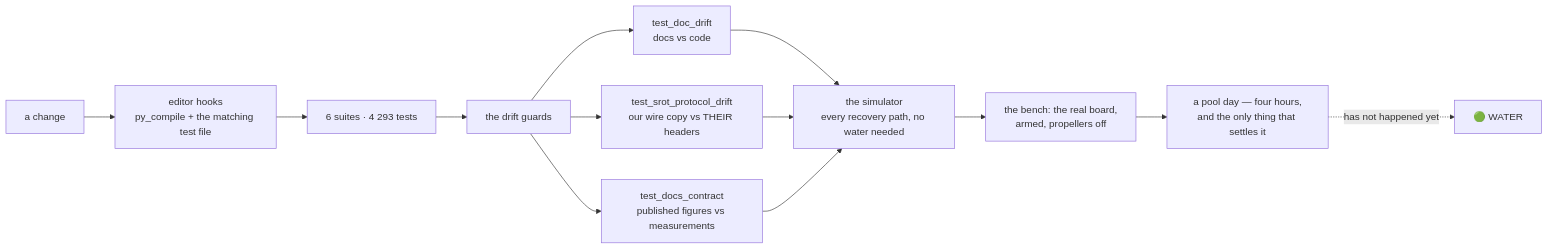
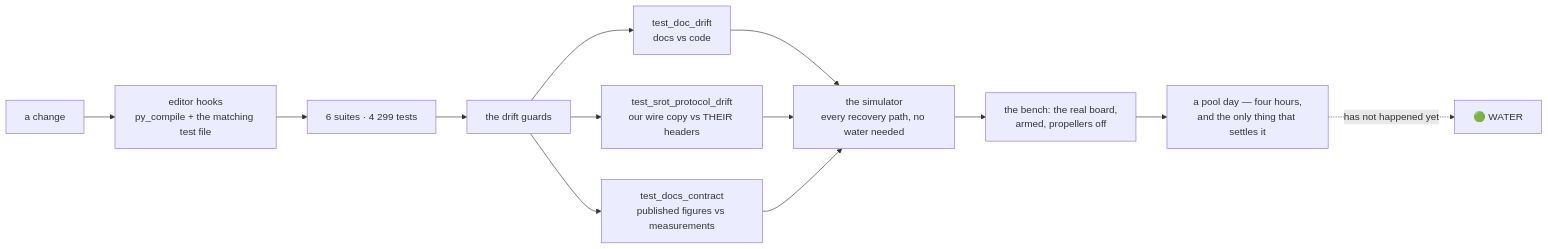
Before and after one commit to fh1m/mongla_ws: the ninth of 10 diagrams in README.md, drawn with Mermaid. The commit also changed other lines of this file and 4 other files, not shown here.

First line of the commit message:
fix(flow): the published velocity sigma includes the errors the fit cannot see

````diff
--- a/README.md
+++ b/README.md
@@ -752,15 +752,15 @@
 ```mermaid
 flowchart LR
     DEV["a change"] --> HOOK["editor hooks<br/>py_compile + the matching test file"]
-    HOOK --> UNIT["6 suites · 4 293 tests"]
+    HOOK --> UNIT["6 suites · 4 299 tests"]
     UNIT --> GUARD["the drift guards"]
     GUARD --> G1["test_doc_drift<br/>docs vs code"]
     GUARD --> G2["test_srot_protocol_drift<br/>our wire copy vs THEIR headers"]
     GUARD --> G3["test_docs_contract<br/>published figures vs measurements"]
     G1 --> SIM["the simulator<br/>every recovery path, no water needed"]
     G2 --> SIM
     G3 --> SIM
     SIM --> BENCH["the bench: the real board,<br/>armed, propellers off"]
     BENCH --> POOL["a pool day — four hours,<br/>and the only thing that settles it"]
     POOL -.->|"has not happened yet"| WATER["🟢 WATER"]
 ```
````
